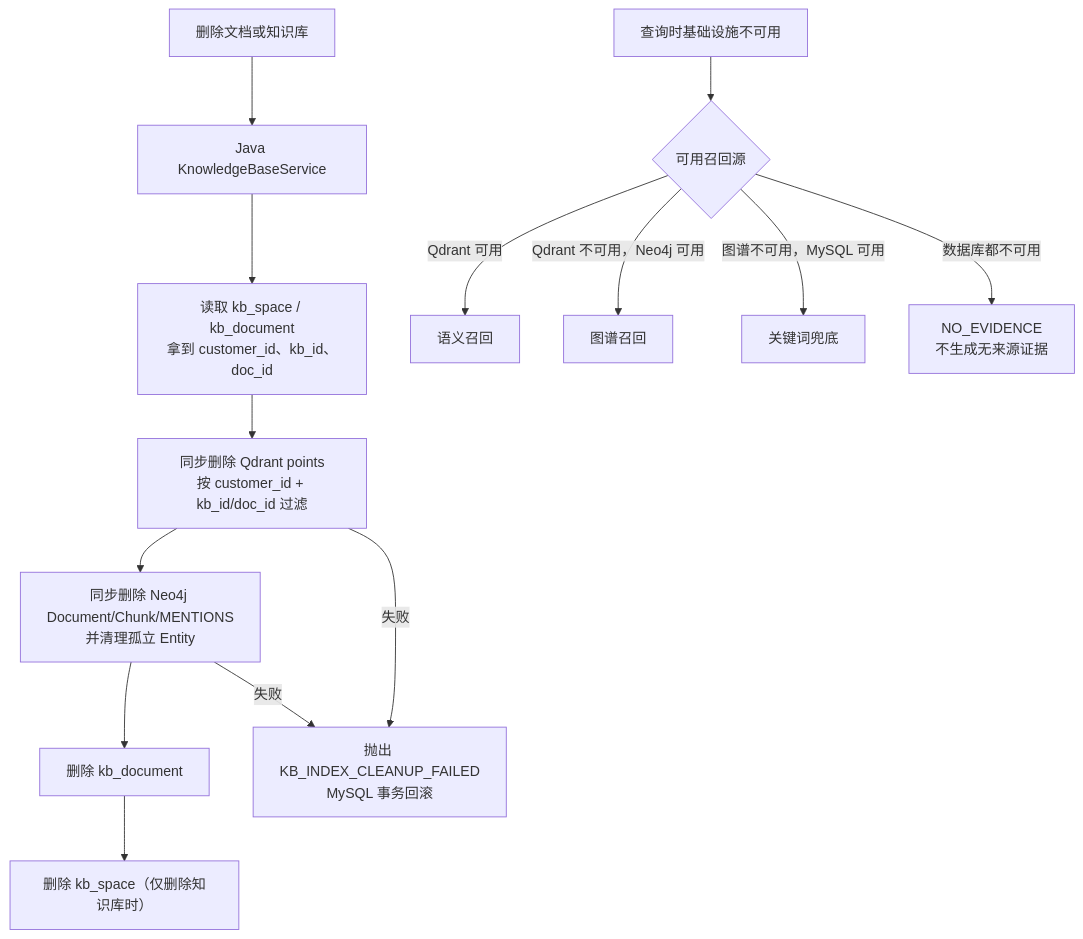
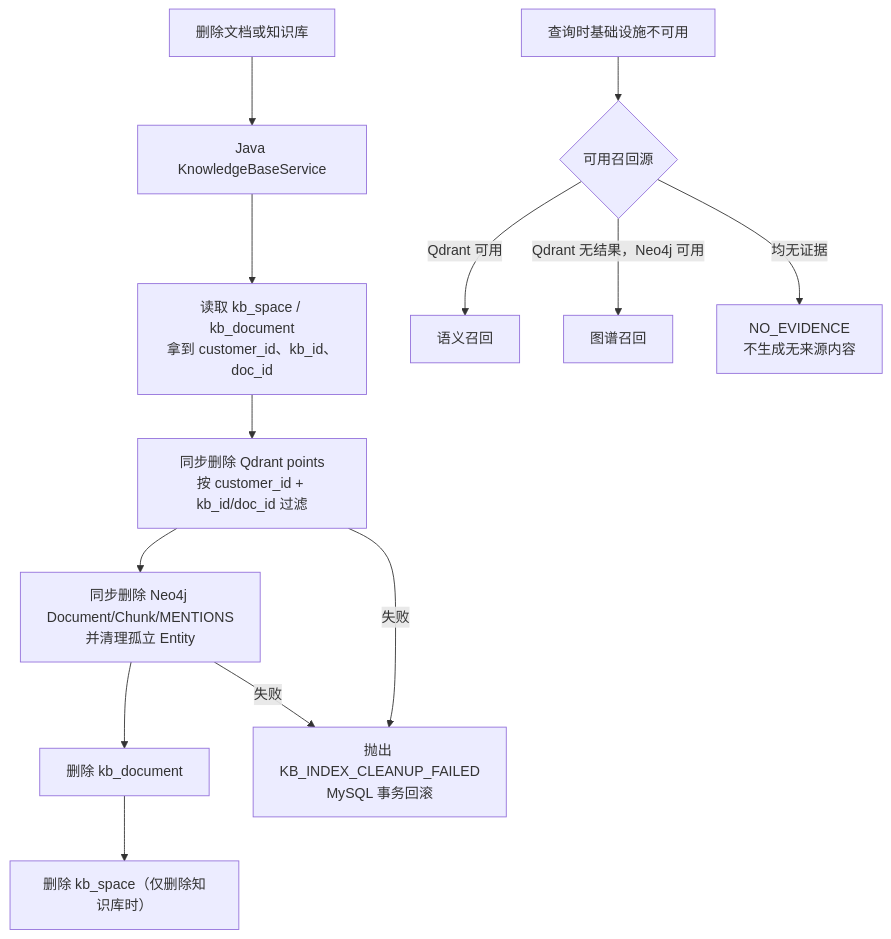
One commit to CarlosYonng/ai-agent-portfolio changed the sixth of 6 diagrams in docs/KB_OPERATION_FLOW.md. Above: the diagram before and after it, drawn with Mermaid. The commit also changed other lines of this file and 9 other files, not shown here.

````diff
--- a/docs/KB_OPERATION_FLOW.md
+++ b/docs/KB_OPERATION_FLOW.md
@@ -140,17 +132,16 @@
 ```mermaid
 flowchart TD
     A["删除文档或知识库"] --> B["Java KnowledgeBaseService"]
     B --> C["读取 kb_space / kb_document<br/>拿到 customer_id、kb_id、doc_id"]
     C --> D["同步删除 Qdrant points<br/>按 customer_id + kb_id/doc_id 过滤"]
     D --> E["同步删除 Neo4j Document/Chunk/MENTIONS<br/>并清理孤立 Entity"]
     E --> F["删除 kb_document"]
     F --> G["删除 kb_space（仅删除知识库时）"]
     D -->|失败| X["抛出 KB_INDEX_CLEANUP_FAILED<br/>MySQL 事务回滚"]
     E -->|失败| X
 
     I["查询时基础设施不可用"] --> J{可用召回源}
     J -->|Qdrant 可用| K["语义召回"]
-    J -->|Qdrant 不可用，Neo4j 可用| L["图谱召回"]
-    J -->|图谱不可用，MySQL 可用| M["关键词兜底"]
-    J -->|数据库都不可用| N["NO_EVIDENCE<br/>不生成无来源证据"]
+    J -->|Qdrant 无结果，Neo4j 可用| L["图谱召回"]
+    J -->|均无证据| M["NO_EVIDENCE<br/>不生成无来源内容"]
 ```
````
